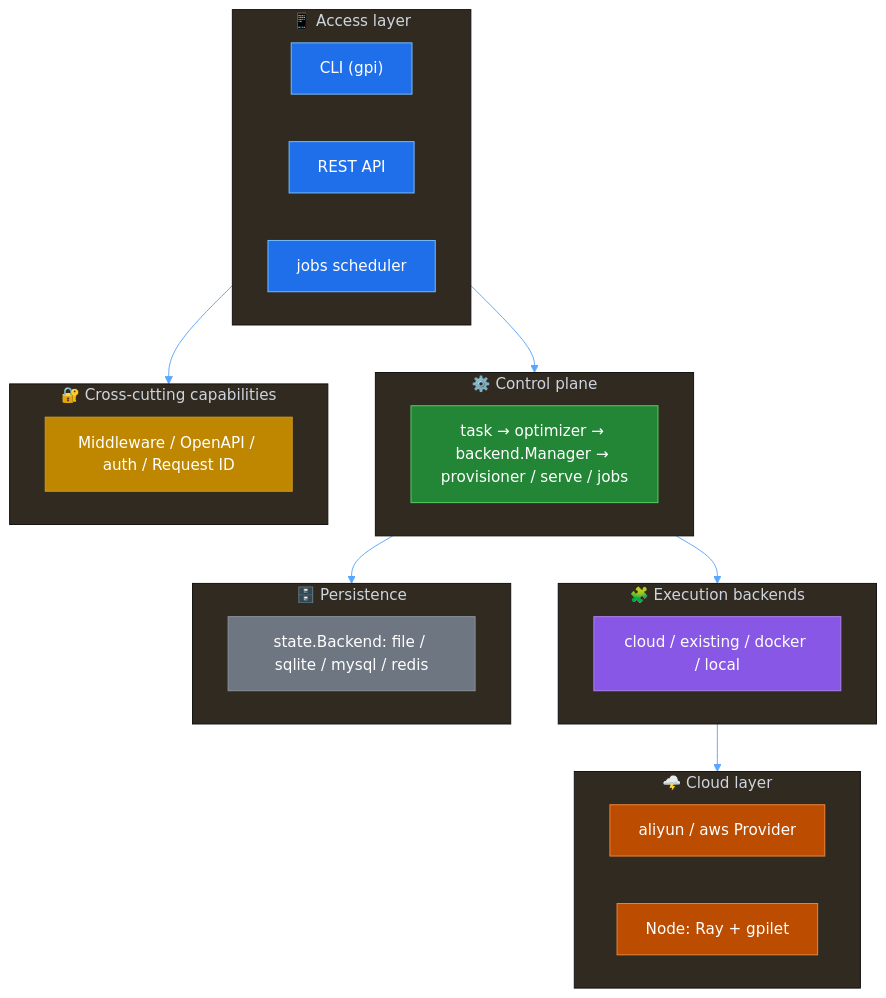
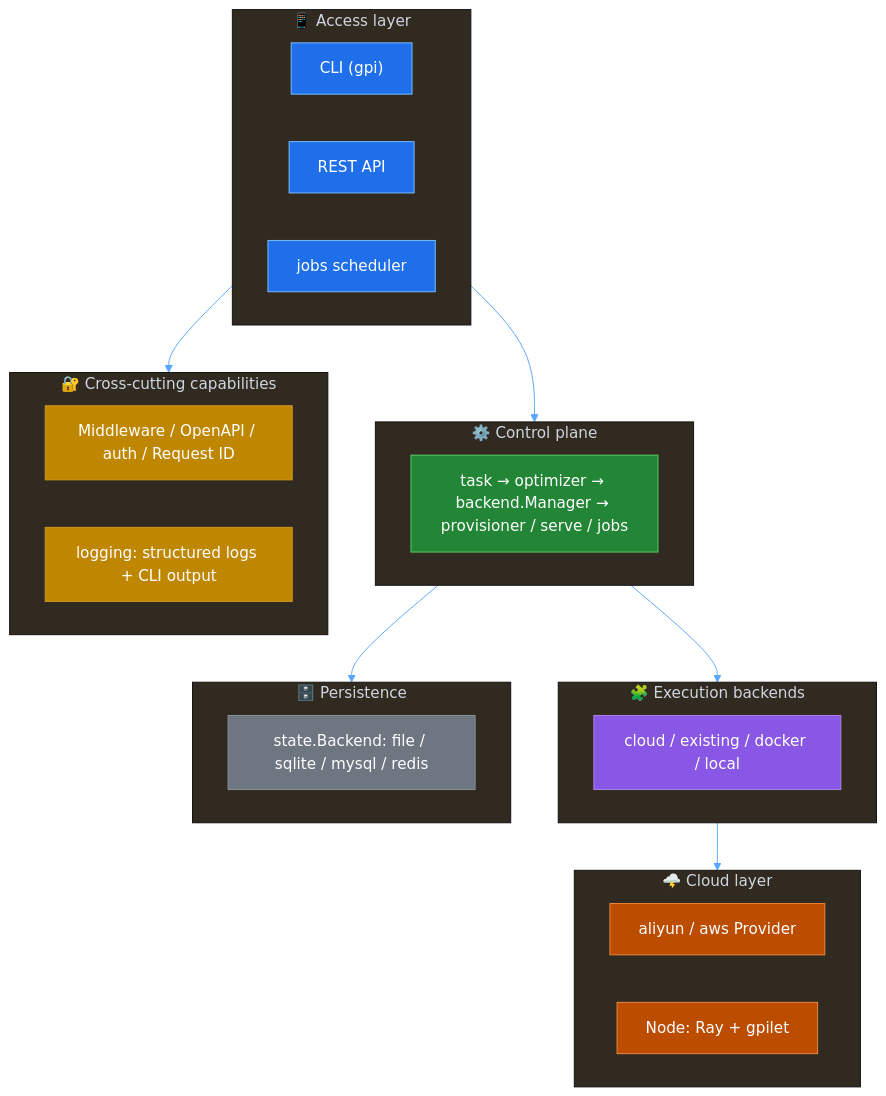
One commit to acmestack/gpi changed the second of 2 diagrams in docs/en/gpi-architecture.md. Above: the diagram before and after it, drawn with Mermaid. The commit also changed other lines of this file and 4 other files, not shown here.

First line of the commit message:
docs: fix root README relative links and add logging to architecture diagrams

````diff
--- a/docs/en/gpi-architecture.md
+++ b/docs/en/gpi-architecture.md
@@ -122,47 +125,48 @@
 ```mermaid
 %%{init: {"theme": "base", "themeVariables": {
   "primaryColor": "#161b22",
   "primaryTextColor": "#e6edf3",
   "primaryBorderColor": "#30363d",
   "lineColor": "#58a6ff"
 }}}%%
 flowchart TB
     subgraph L["📱 Access layer"]
         A1["CLI (gpi)"] & A2["REST API"] & A3["jobs scheduler"]
     end
     subgraph M["⚙️ Control plane"]
         B1["task → optimizer → backend.Manager → provisioner / serve / jobs"]
     end
     subgraph E["🧩 Execution backends"]
         C1["cloud / existing / docker / local"]
     end
     subgraph P["🌩️ Cloud layer"]
         D1["aliyun / aws Provider"]
         D2["Node: Ray + gpilet"]
     end
     subgraph S["🗄️ Persistence"]
         F1["state.Backend: file / sqlite / mysql / redis"]
     end
     subgraph X["🔐 Cross-cutting capabilities"]
         G1["Middleware / OpenAPI / auth / Request ID"]
+        G2["logging: structured logs + CLI output"]
     end
 
     L --> M
     M --> E
     E --> P
     M --> S
     L --> X
 
     classDef layer fill:#1f6feb,stroke:#79c0ff,color:#fff;
     classDef control fill:#238636,stroke:#56d364,color:#fff;
     classDef exec fill:#8957e5,stroke:#b083f0,color:#fff;
     classDef prov fill:#bc4c00,stroke:#f0883e,color:#fff;
     classDef store fill:#6e7681,stroke:#8b949e,color:#fff;
     classDef cross fill:#bf8700,stroke:#d29922,color:#fff;
     class A1,A2,A3 layer;
     class B1 control;
     class C1 exec;
     class D1,D2 prov;
     class F1 store;
-    class G1 cross;
+    class G1,G2 cross;
 ```
````
